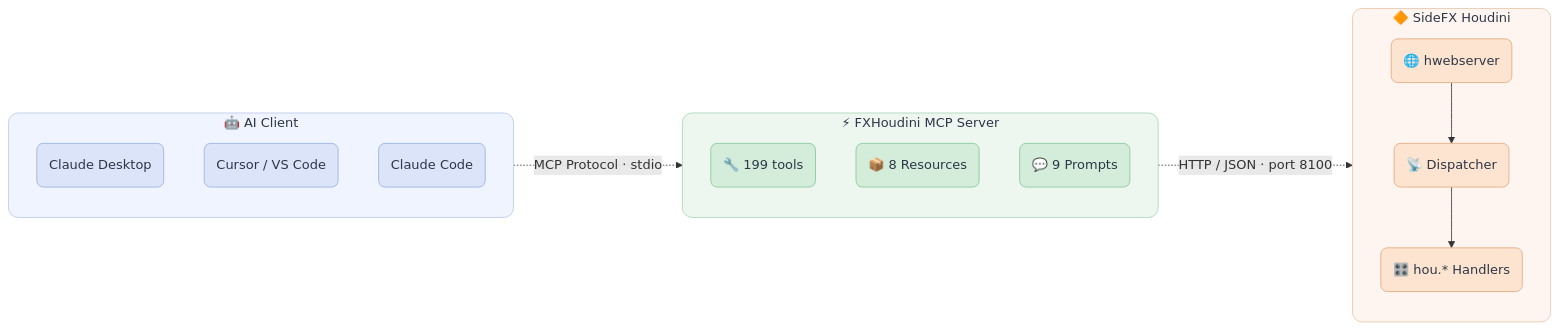
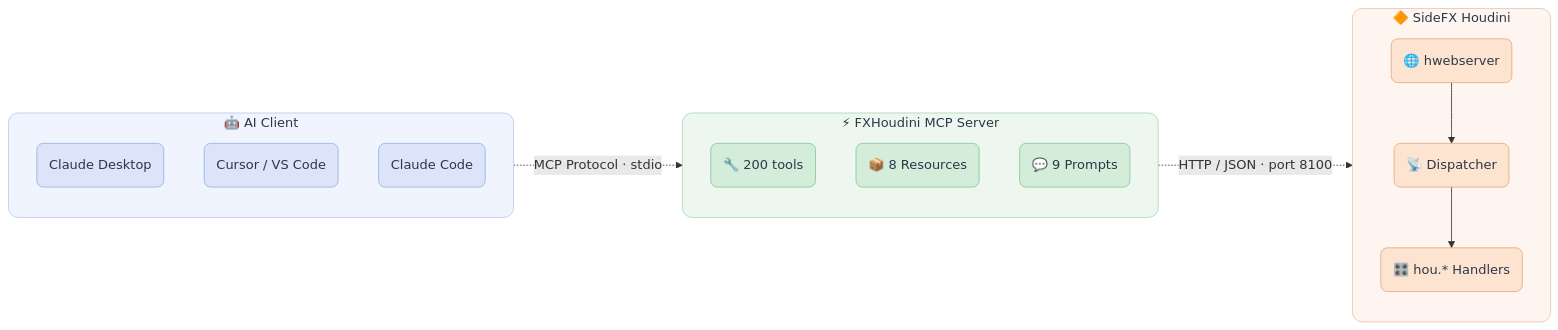
The diagram in README.md (Ced04826/fxhoudinimcp), drawn with Mermaid before and after one commit. The commit also changed other lines of this file and 11 other files, not shown here.

````diff
--- a/README.md
+++ b/README.md
@@ -91,42 +91,42 @@
 ```mermaid
 flowchart LR
     subgraph Client[" 🤖 AI Client "]
         direction TB
         A1("Claude Desktop")
         A2("Cursor / VS Code")
         A3("Claude Code")
     end
 
     subgraph MCP[" ⚡ FXHoudini MCP Server "]
         direction TB
-        B1("🔧 199 tools")
+        B1("🔧 200 tools")
         B2("📦 8 Resources")
         B3("💬 9 Prompts")
     end
 
     subgraph Houdini[" 🔶 SideFX Houdini "]
         direction TB
         C1("🌐 hwebserver")
         C2("📡 Dispatcher")
         C3("🎛️ hou.* Handlers")
         C1 --> C2 --> C3
     end
 
     Client -. "MCP Protocol · stdio" .-> MCP
     MCP -. "HTTP / JSON · port 8100" .-> Houdini
 
     classDef clientBox fill:#f0f4ff,stroke:#b8c9e8,stroke-width:1px,color:#2d3748,rx:12,ry:12
     classDef mcpBox fill:#eef6f0,stroke:#a8d5b8,stroke-width:1px,color:#2d3748,rx:12,ry:12
     classDef houdiniBox fill:#fff5f0,stroke:#e8c4a8,stroke-width:1px,color:#2d3748,rx:12,ry:12
 
     classDef clientNode fill:#dbe4f8,stroke:#96b0dc,stroke-width:1px,color:#2d3748,rx:8,ry:8
     classDef mcpNode fill:#d4edda,stroke:#82c896,stroke-width:1px,color:#2d3748,rx:8,ry:8
     classDef houdiniNode fill:#fde4d0,stroke:#e0a87c,stroke-width:1px,color:#2d3748,rx:8,ry:8
 
     class Client clientBox
     class MCP mcpBox
     class Houdini houdiniBox
     class A1,A2,A3 clientNode
     class B1,B2,B3 mcpNode
     class C1,C2,C3 houdiniNode
 ```
````
